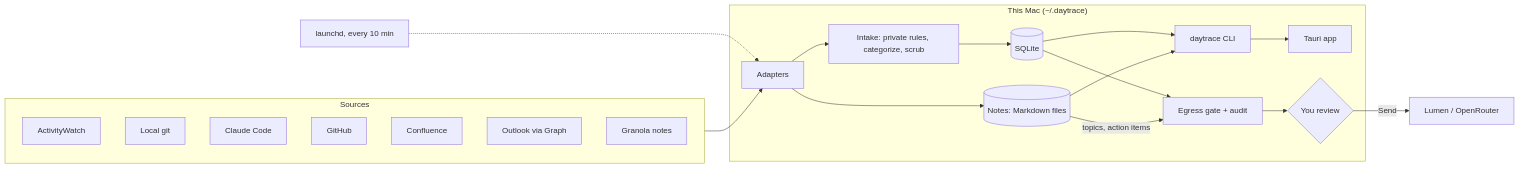
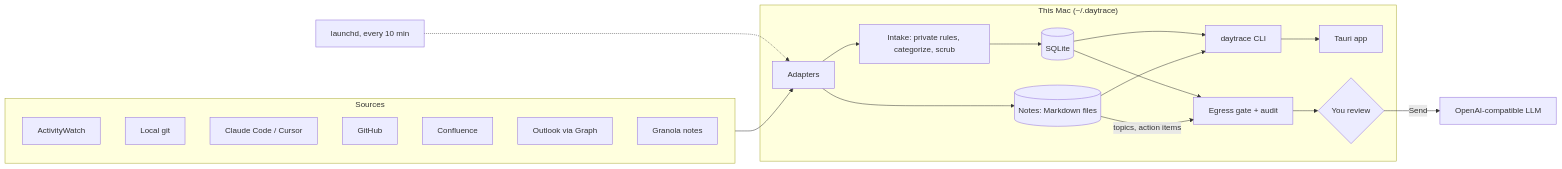
Before and after one commit to longshuicy/daytrace: the diagram in README.md, drawn with Mermaid. The commit also changed other lines of this file and 33 other files, not shown here.

````diff
--- a/README.md
+++ b/README.md
@@ -11,26 +83,26 @@
 ```mermaid
 flowchart LR
   subgraph Sources
     AW[ActivityWatch]
     GIT[Local git]
-    CC[Claude Code]
+    CC[Claude Code / Cursor]
     GH[GitHub]
     CF[Confluence]
     OL[Outlook via Graph]
     GR[Granola notes]
   end
   subgraph Mac["This Mac (~/.daytrace)"]
     AD[Adapters] --> IN[Intake: private rules, categorize, scrub]
     IN --> DB[(SQLite)]
     AD --> NT[(Notes: Markdown files)]
     DB --> CLI[daytrace CLI]
     NT --> CLI
     CLI --> APP[Tauri app]
     DB --> EG[Egress gate + audit]
     NT -- topics, action items --> EG
     EG --> RV{You review}
   end
   Sources --> AD
   LD[launchd, every 10 min] -.-> AD
-  RV -- Send --> LLM[Lumen / OpenRouter]
+  RV -- Send --> LLM[OpenAI-compatible LLM]
 ```
````
